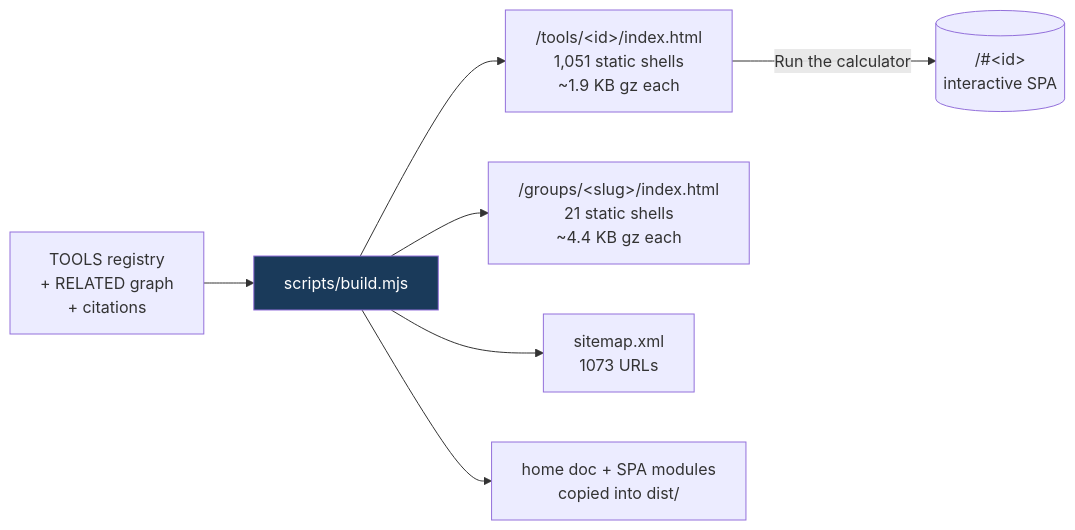
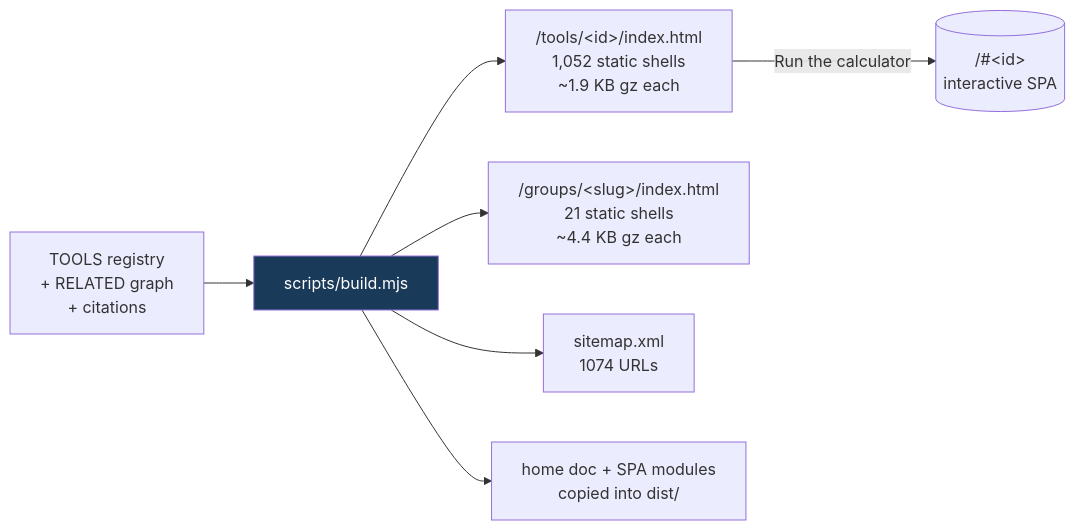
Before and after one commit to clay-good/roughlogic.com: the fifth of 8 diagrams in README.md, drawn with Mermaid. The commit also changed other lines of this file and 14 other files, not shown here.

````diff
--- a/README.md
+++ b/README.md
@@ -495,10 +495,10 @@
 ```mermaid
 flowchart LR
     SRC[TOOLS registry\n+ RELATED graph\n+ citations] --> BUILD[scripts/build.mjs]
-    BUILD --> TILE["/tools/&lt;id&gt;/index.html\n1,051 static shells\n~1.9 KB gz each"]
+    BUILD --> TILE["/tools/&lt;id&gt;/index.html\n1,052 static shells\n~1.9 KB gz each"]
     BUILD --> GROUP["/groups/&lt;slug&gt;/index.html\n21 static shells\n~4.4 KB gz each"]
-    BUILD --> MAP["sitemap.xml\n1073 URLs"]
+    BUILD --> MAP["sitemap.xml\n1074 URLs"]
     BUILD --> COPY[home doc + SPA modules\ncopied into dist/]
     TILE -->|Run the calculator| SPA[("/#&lt;id&gt;\ninteractive SPA")]
     style BUILD fill:#1a3a5a,color:#fff
 ```
````
